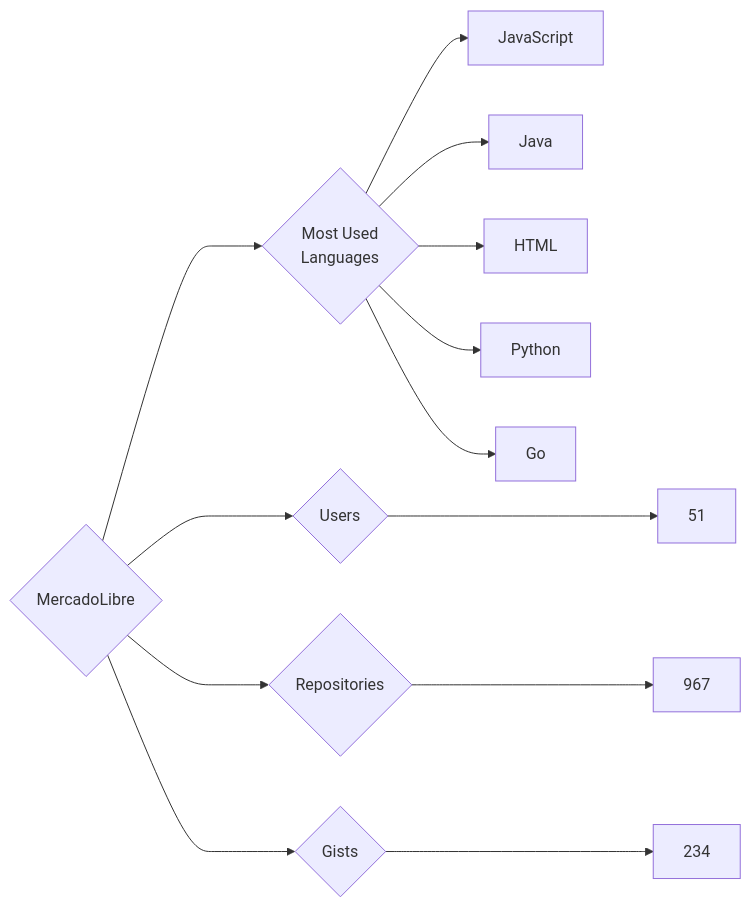
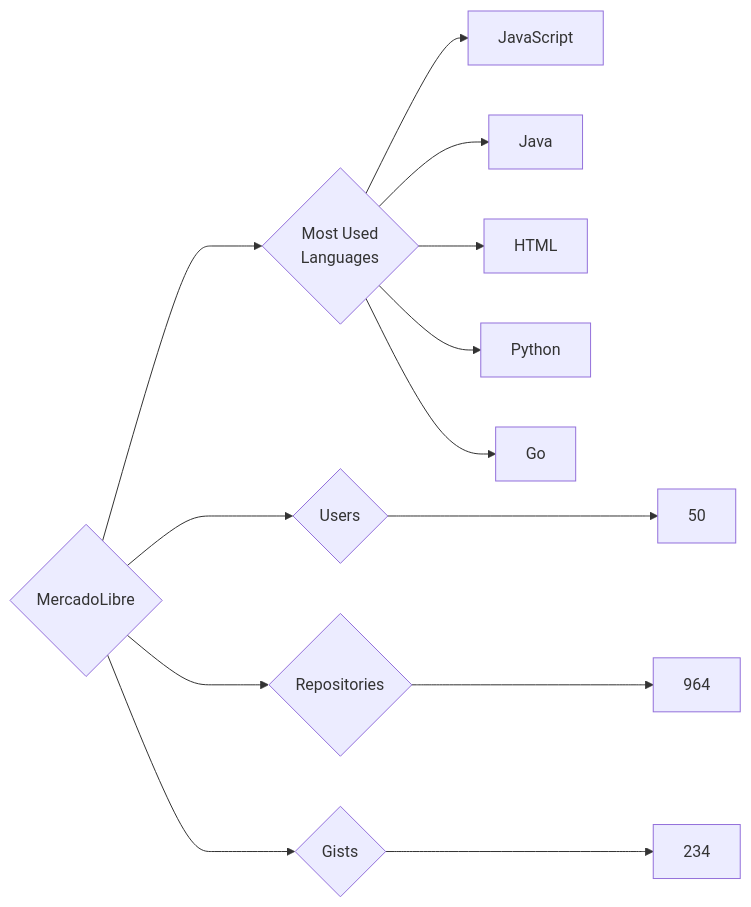
The diagram in targets/MercadoLibre/README.md (trickest/insiders), drawn with Mermaid before and after one commit. The commit also changed 955 other files, not shown here.

````diff
--- a/targets/MercadoLibre/README.md
+++ b/targets/MercadoLibre/README.md
@@ -3,13 +3,13 @@
 ```mermaid
 graph LR
 COMPANY_NAME{MercadoLibre}
-COMPANY_NAME ---> U{Users} ---> UN[51]
-COMPANY_NAME ---> R{Repositories} ---> RN[967]
+COMPANY_NAME ---> U{Users} ---> UN[50]
+COMPANY_NAME ---> R{Repositories} ---> RN[964]
 COMPANY_NAME ---> G{Gists} ---> GN[234]
 COMPANY_NAME ---> ML{Most Used<br>Languages}
 ML --> JavaScript[JavaScript]
 ML --> Java[Java]
 ML --> HTML[HTML]
 ML --> Python[Python]
 ML --> Go[Go]
 ```
````
